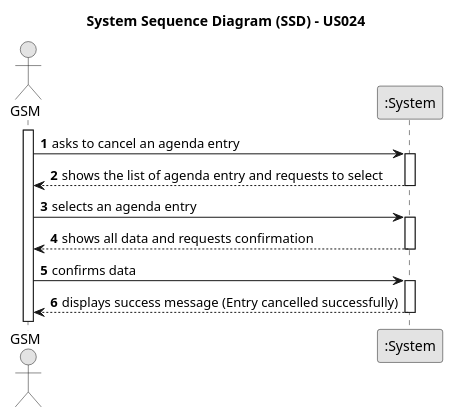
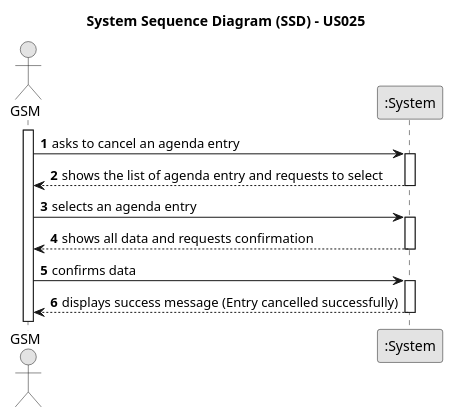
The diagram in docs/sprintC/us025/01.requirements-engineering/puml/us025-system-sequence-diagram-alternative-one.puml (ricardomm7/leaflink), drawn with PlantUML before and after one commit. The commit also changed 1 other file, not shown here.

```diff
--- a/docs/sprintC/us025/01.requirements-engineering/puml/us025-system-sequence-diagram-alternative-one.puml
+++ b/docs/sprintC/us025/01.requirements-engineering/puml/us025-system-sequence-diagram-alternative-one.puml
@@ -1,34 +1,34 @@
 @startuml
 skinparam monochrome true
 skinparam packageStyle rectangle
 skinparam shadowing false
 
-title System Sequence Diagram (SSD) - US024
+title System Sequence Diagram (SSD) - US025
 
 autonumber
 
 actor "GSM" as GSM
 participant ":System" as System
 
 activate GSM
 
     GSM -> System : asks to cancel an agenda entry
     activate System
 
         System --> GSM : shows the list of agenda entry and requests to select
     deactivate System
 
     GSM -> System : selects an agenda entry
 
     activate System
 
         System --> GSM : shows all data and requests confirmation
     deactivate System
 
     GSM -> System : confirms data
     activate System
 
         System --> GSM : displays success message (Entry cancelled successfully)
     deactivate System
 
 @enduml
```
